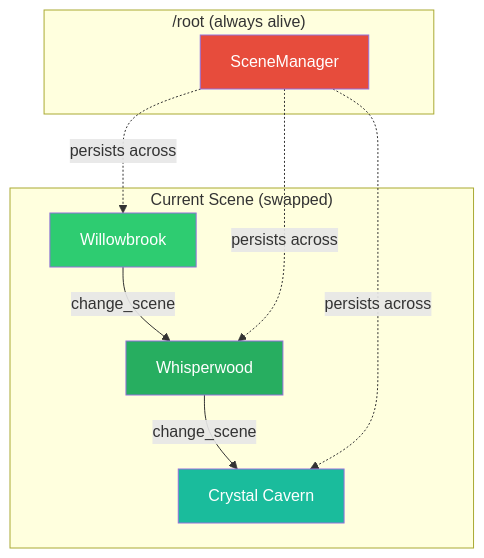
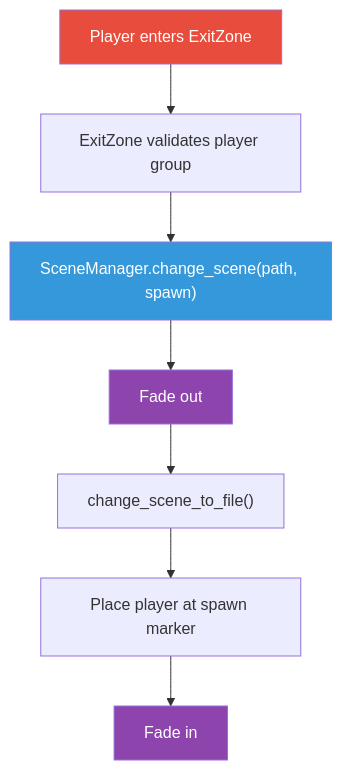
Diagram 15 of 50 in tutorial/diagrams.md (Jorge-D-Robles/gemini-fantasy), drawn with Mermaid before and after one commit. The commit also changed other lines of this file and 24 other files, not shown here.

Commit message:
Refine tutorial Mermaid diagrams

````diff
--- a/tutorial/diagrams.md
+++ b/tutorial/diagrams.md
@@ -274,20 +337,22 @@
 ```mermaid
 graph TD
-    subgraph "/root (always alive)"
-        SM["SceneManager"]
-    end
+    Player["Player enters ExitZone"]
+    ExitZone["ExitZone validates player group"]
+    Manager["SceneManager.change_scene(path, spawn)"]
+    FadeOut["Fade out"]
+    Swap["change_scene_to_file()"]
+    Spawn["Place player at spawn marker"]
+    FadeIn["Fade in"]
 
-    subgraph "Current Scene (swapped)"
-        W["Willowbrook"] -->|change_scene| WW["Whisperwood"]
-        WW -->|change_scene| CC["Crystal Cavern"]
-    end
+    Player --> ExitZone
+    ExitZone --> Manager
+    Manager --> FadeOut
+    FadeOut --> Swap
+    Swap --> Spawn
+    Spawn --> FadeIn
 
-    SM -. "persists across" .-> W
-    SM -. "persists across" .-> WW
-    SM -. "persists across" .-> CC
-
-    style SM fill:#e74c3c,color:#fff
-    style W fill:#2ecc71,color:#fff
-    style WW fill:#27ae60,color:#fff
-    style CC fill:#1abc9c,color:#fff
+    style Player fill:#e74c3c,color:#fff
+    style Manager fill:#3498db,color:#fff
+    style FadeOut fill:#8e44ad,color:#fff
+    style FadeIn fill:#8e44ad,color:#fff
 ```
````
